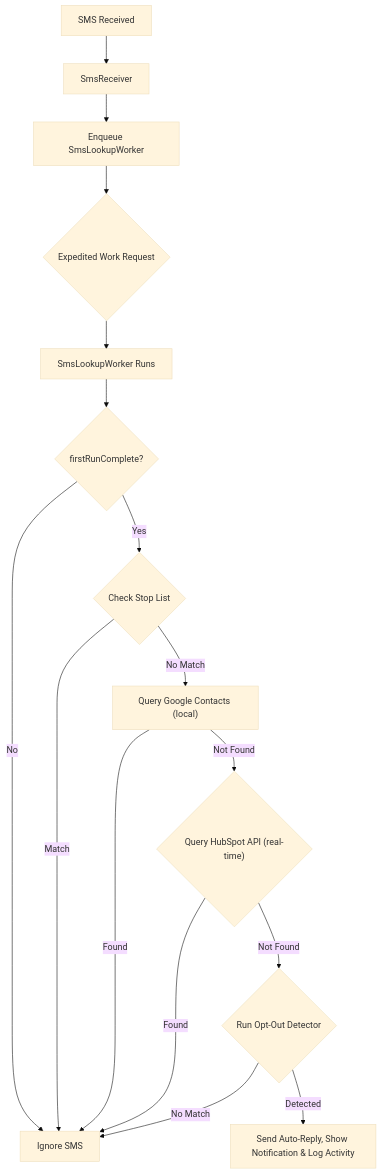
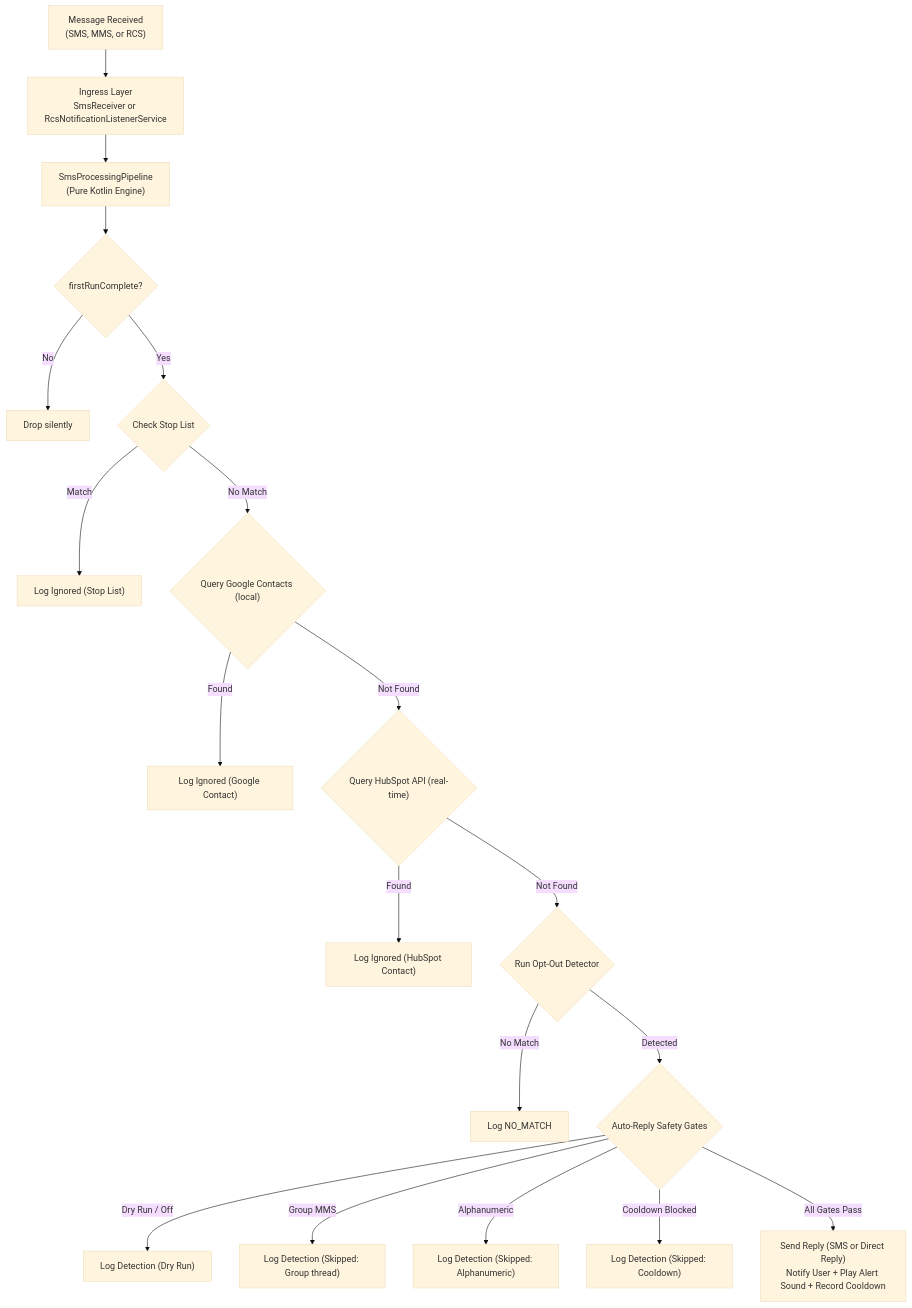
Before and after one commit to wgroth2/smsfilter: the diagram in walkthrough.md, drawn with Mermaid (base theme). The commit also changed other lines of this file and 1 other file, not shown here.

First line of the commit message:
docs: update README.md and walkthrough.md with latest architecture and features

````diff
--- a/walkthrough.md
+++ b/walkthrough.md
@@ -9,18 +7,21 @@
 ```mermaid
 graph TD
-    A["SMS Received"] --> B["SmsReceiver"]
-    B --> C["Enqueue SmsLookupWorker"]
-    C --> D{"Expedited Work Request"}
-    D --> E["SmsLookupWorker Runs"]
-    E --> E1{"firstRunComplete?"}
-    E1 -- No --> H
-    E1 -- Yes --> F{"Check Stop List"}
-    F -- No Match --> G["Query Google Contacts (local)"]
-    F -- Match --> H["Ignore SMS"]
-    G -- Not Found --> I{"Query HubSpot API (real-time)"}
-    G -- Found --> H
-    I -- Found --> H
-    I -- Not Found --> J{"Run Opt-Out Detector"}
-    J -- Detected --> K["Send Auto-Reply, Show Notification & Log Activity"]
-    J -- No Match --> H
+    A["Message Received<br/>(SMS, MMS, or RCS)"] --> B["Ingress Layer<br/>SmsReceiver or RcsNotificationListenerService"]
+    B --> C["SmsProcessingPipeline<br/>(Pure Kotlin Engine)"]
+    C --> D{"firstRunComplete?"}
+    D -- No --> Z["Drop silently"]
+    D -- Yes --> E{"Check Stop List"}
+    E -- Match --> H["Log Ignored (Stop List)"]
+    E -- No Match --> F{"Query Google Contacts (local)"}
+    F -- Found --> H1["Log Ignored (Google Contact)"]
+    F -- Not Found --> G{"Query HubSpot API (real-time)"}
+    G -- Found --> H2["Log Ignored (HubSpot Contact)"]
+    G -- Not Found --> I{"Run Opt-Out Detector"}
+    I -- No Match --> X["Log NO_MATCH"]
+    I -- Detected --> J{"Auto-Reply Safety Gates"}
+    J -- Dry Run / Off --> K1["Log Detection (Dry Run)"]
+    J -- Group MMS --> K2["Log Detection (Skipped: Group thread)"]
+    J -- Alphanumeric --> K3["Log Detection (Skipped: Alphanumeric)"]
+    J -- Cooldown Blocked --> K4["Log Detection (Skipped: Cooldown)"]
+    J -- All Gates Pass --> L["Send Reply (SMS or Direct Reply)<br/>Notify User + Play Alert Sound + Record Cooldown"]
 ```
````
